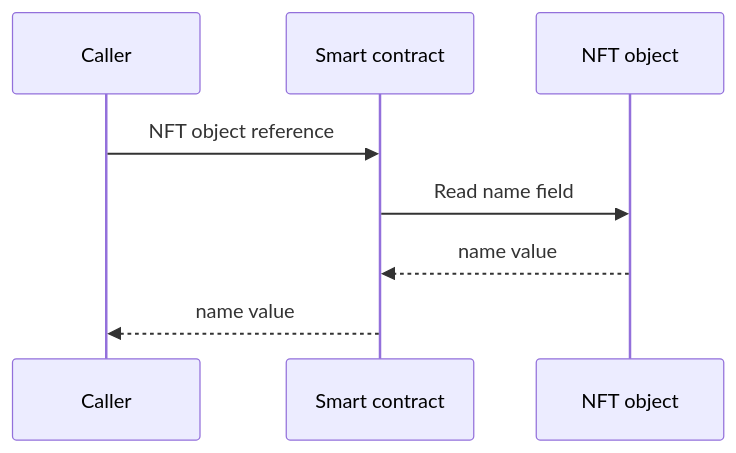
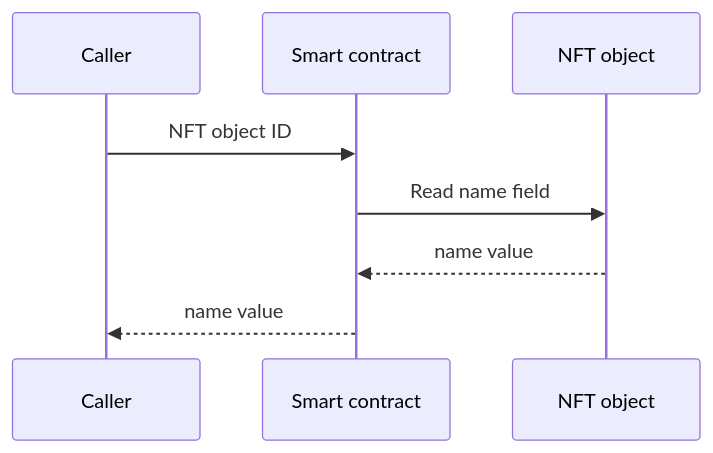
Before and after one commit to MystenLabs/sui-docs: the second of 2 diagrams in content/sui/onchain-finance/tokenized-assets/create-nft.mdx, drawn with Mermaid. The commit also changed other lines of this file, not shown here.

Commit message:
docs: create nft: say the caller passes the object ID

````diff
--- a/content/sui/onchain-finance/tokenized-assets/create-nft.mdx
+++ b/content/sui/onchain-finance/tokenized-assets/create-nft.mdx
@@ -69,11 +69,11 @@
 ```mermaid
 
 sequenceDiagram
     participant C as Caller
     participant S as Smart contract
     participant N as NFT object
-    C->>S: NFT object reference
+    C->>S: NFT object ID
     S->>N: Read name field
     N-->>S: name value
     S-->>C: name value
 ```
````
